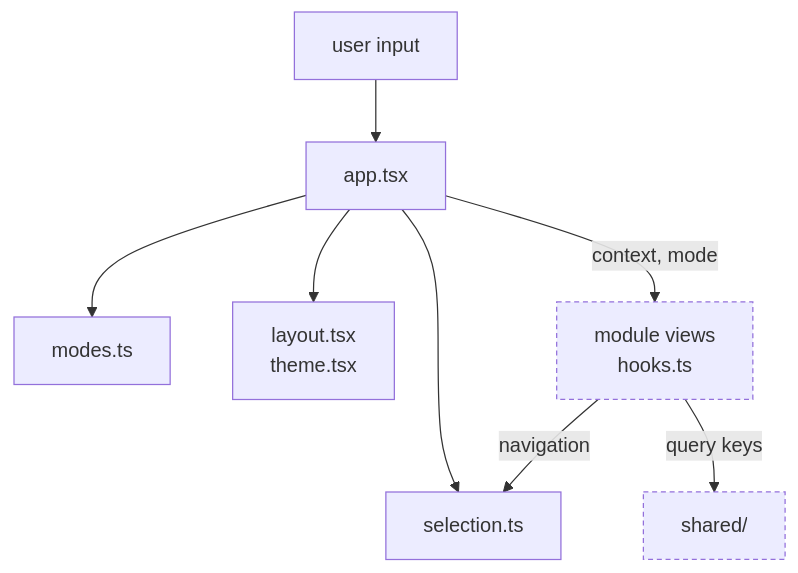
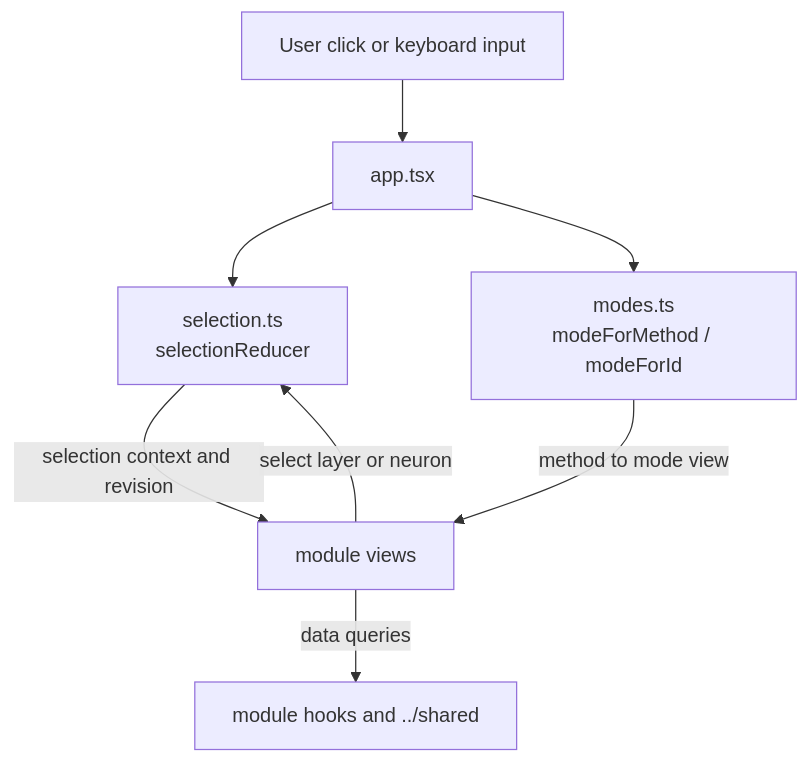
Before and after one commit to SVF-tools/ACT-GUI: the first of 2 diagrams in visual_bench/workspace/README.md, drawn with Mermaid. The commit also changed other lines of this file and 20 other files, not shown here.

````diff
--- a/visual_bench/workspace/README.md
+++ b/visual_bench/workspace/README.md
@@ -23,11 +19,10 @@
 ```mermaid
 flowchart TB
-  classDef ext stroke-dasharray: 4 3
-  U["user input"] --> App["app.tsx"]
-  App --> Sel["selection.ts"]
-  App --> Modes["modes.ts"]
-  App --> Lay["layout.tsx<br/>theme.tsx"]
-  App -- "context, mode" --> V["module views<br/>hooks.ts"]:::ext
-  V -- "navigation" --> Sel
-  V -- "query keys" --> SH["shared/"]:::ext
+  U["User click or keyboard input"] --> A["app.tsx"]
+  A --> S["selection.ts<br/>selectionReducer"]
+  A --> M["modes.ts<br/>modeForMethod / modeForId"]
+  S -- "selection context and revision" --> V["module views"]
+  M -- "method to mode view" --> V
+  V -- "select layer or neuron" --> S
+  V -- "data queries" --> H["module hooks and ../shared"]
 ```
````
